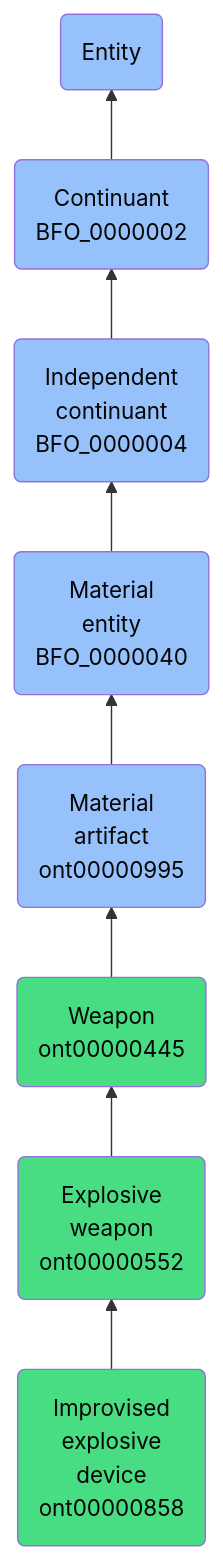
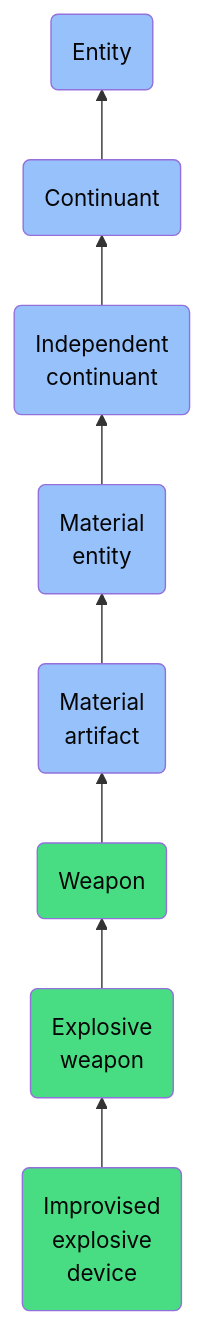
The diagram in docs/ontology/reference/model/Entity/Continuant/Independent continuant/Material entity/Material artifact/Weapon/Explosive weapon/Improvised explosive device/Improvised explosive device.md (jupyter-naas/abi), drawn with Mermaid before and after one commit. The commit also changed other lines of this file and 1430 other files, not shown here.

````diff
--- a/docs/ontology/reference/model/Entity/Continuant/Independent continuant/Material entity/Material artifact/Weapon/Explosive weapon/Improvised explosive device/Improvised explosive device.md
+++ b/docs/ontology/reference/model/Entity/Continuant/Independent continuant/Material entity/Material artifact/Weapon/Explosive weapon/Improvised explosive device/Improvised explosive device.md
@@ -24,15 +24,15 @@
 ```mermaid
 graph BT
-    ont00000858(Improvised<br>explosive<br>device<br>ont00000858):::ABI-->ont00000552
-    ont00000552(Explosive<br>weapon<br>ont00000552):::ABI-->ont00000445
-    ont00000445(Weapon<br>ont00000445):::ABI-->ont00000995
-    ont00000995(Material<br>artifact<br>ont00000995):::BFO-->BFO_0000040
-    BFO_0000040(Material<br>entity<br>BFO_0000040):::BFO-->BFO_0000004
-    BFO_0000004(Independent<br>continuant<br>BFO_0000004):::BFO-->BFO_0000002
-    BFO_0000002(Continuant<br>BFO_0000002):::BFO-->BFO_0000001
+    ont00000858(Improvised<br>explosive<br>device):::ABI-->ont00000552
+    ont00000552(Explosive<br>weapon):::ABI-->ont00000445
+    ont00000445(Weapon):::ABI-->ont00000995
+    ont00000995(Material<br>artifact):::BFO-->BFO_0000040
+    BFO_0000040(Material<br>entity):::BFO-->BFO_0000004
+    BFO_0000004(Independent<br>continuant):::BFO-->BFO_0000002
+    BFO_0000002(Continuant):::BFO-->BFO_0000001
     BFO_0000001(Entity):::BFO
     
     classDef BFO fill:#97c1fb,color:#060606
     classDef CCO fill:#e4c51e,color:#060606
     classDef ABI fill:#48DD82,color:#060606
 ```
````
